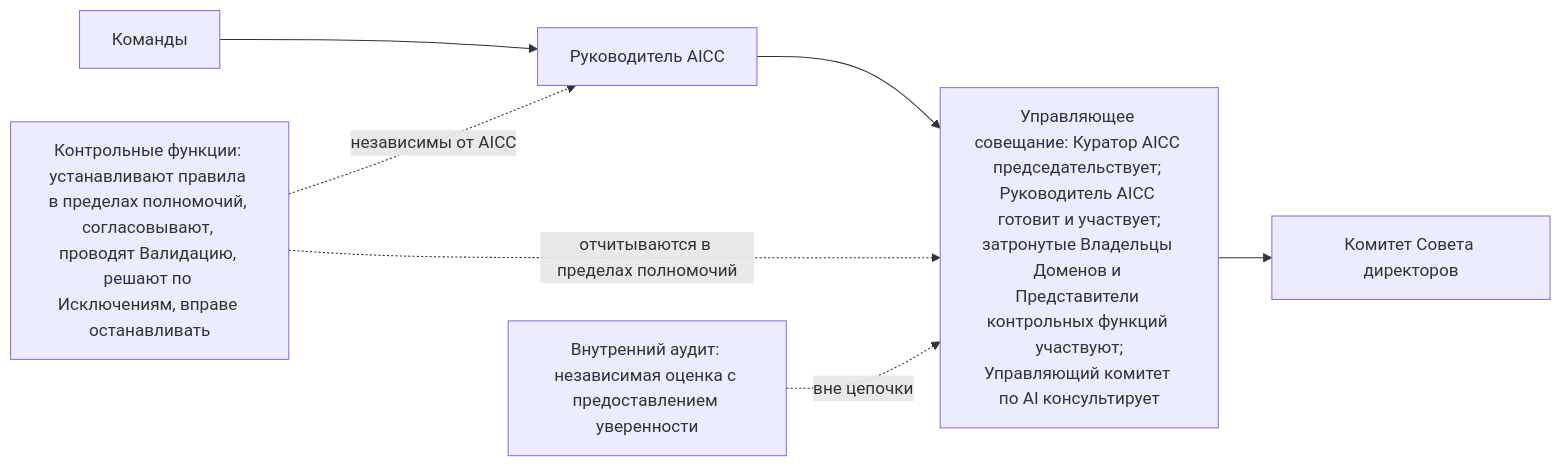
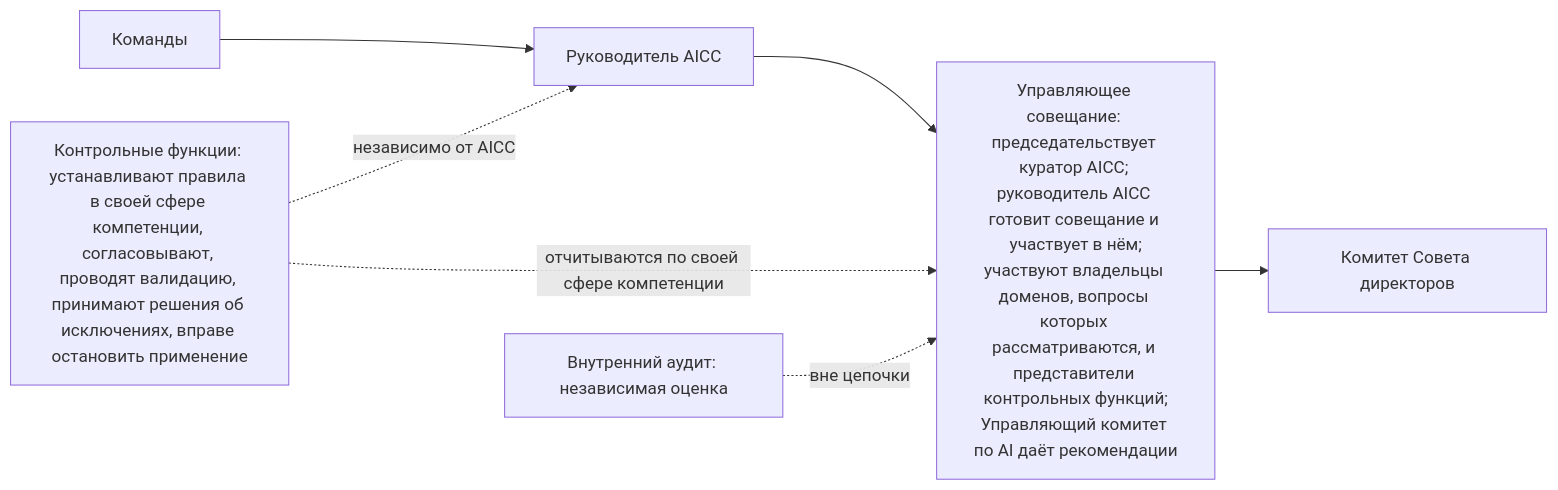
Before and after one commit to devhogu/ob-aicc: the fifth of 6 diagrams in charter/ru/workflows/unit-governance.md, drawn with Mermaid. The commit also changed other lines of this file and 7 other files, not shown here.

````diff
--- a/charter/ru/workflows/unit-governance.md
+++ b/charter/ru/workflows/unit-governance.md
@@ -156,7 +156,7 @@
 ```mermaid
 flowchart LR
-  T["Команды"] --> L["Руководитель AICC"] --> S["Управляющее совещание: Куратор AICC председательствует; Руководитель AICC готовит и участвует;<br/>затронутые Владельцы Доменов и Представители контрольных функций участвуют;<br/>Управляющий комитет по AI консультирует"] --> B["Комитет Совета директоров"]
-  CF["Контрольные функции: устанавливают правила в пределах полномочий, согласовывают, проводят Валидацию, решают по Исключениям, вправе останавливать"] -.->|"независимы от AICC"| L
-  CF -.->|"отчитываются в пределах полномочий"| S
-  IA["Внутренний аудит: независимая оценка с предоставлением уверенности"] -.->|"вне цепочки"| S
+  T["Команды"] --> L["Руководитель AICC"] --> S["Управляющее совещание: председательствует куратор AICC; руководитель AICC готовит совещание и участвует в нём;<br/>участвуют владельцы доменов, вопросы которых рассматриваются, и представители контрольных функций;<br/>Управляющий комитет по AI даёт рекомендации"] --> B["Комитет Совета директоров"]
+  CF["Контрольные функции: устанавливают правила в своей сфере компетенции, согласовывают, проводят валидацию, принимают решения об исключениях, вправе остановить применение"] -.->|"независимо от AICC"| L
+  CF -.->|"отчитываются по своей сфере компетенции"| S
+  IA["Внутренний аудит: независимая оценка"] -.->|"вне цепочки"| S
 ```
````
